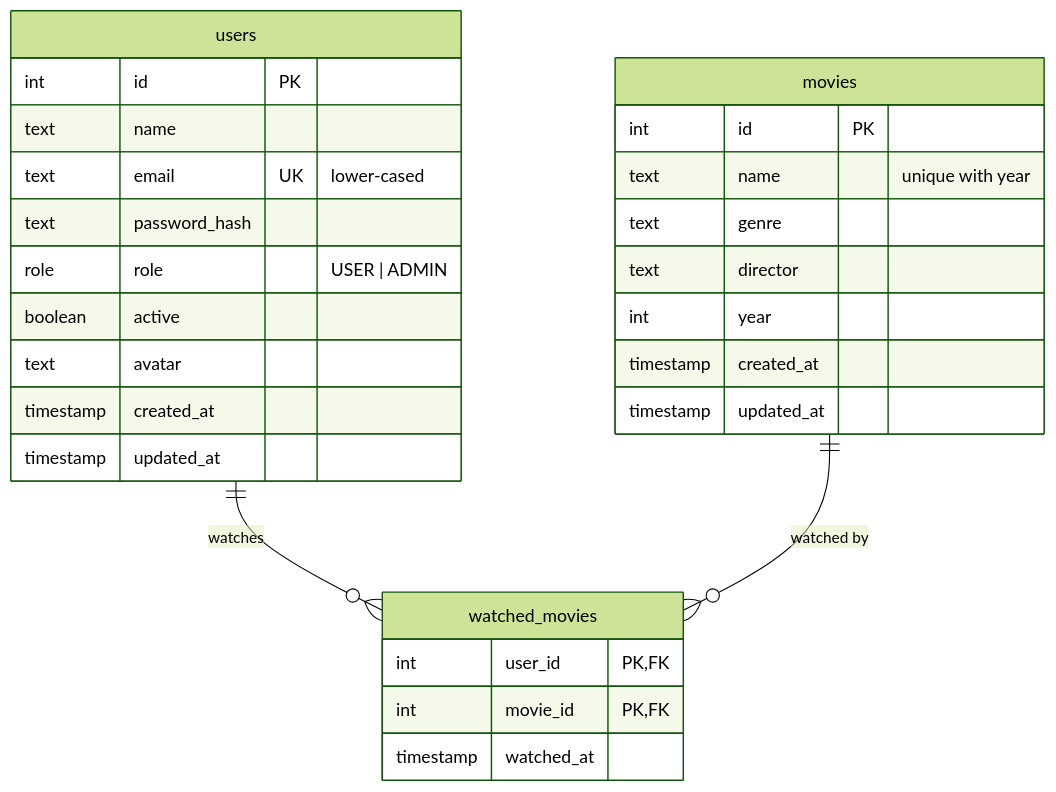
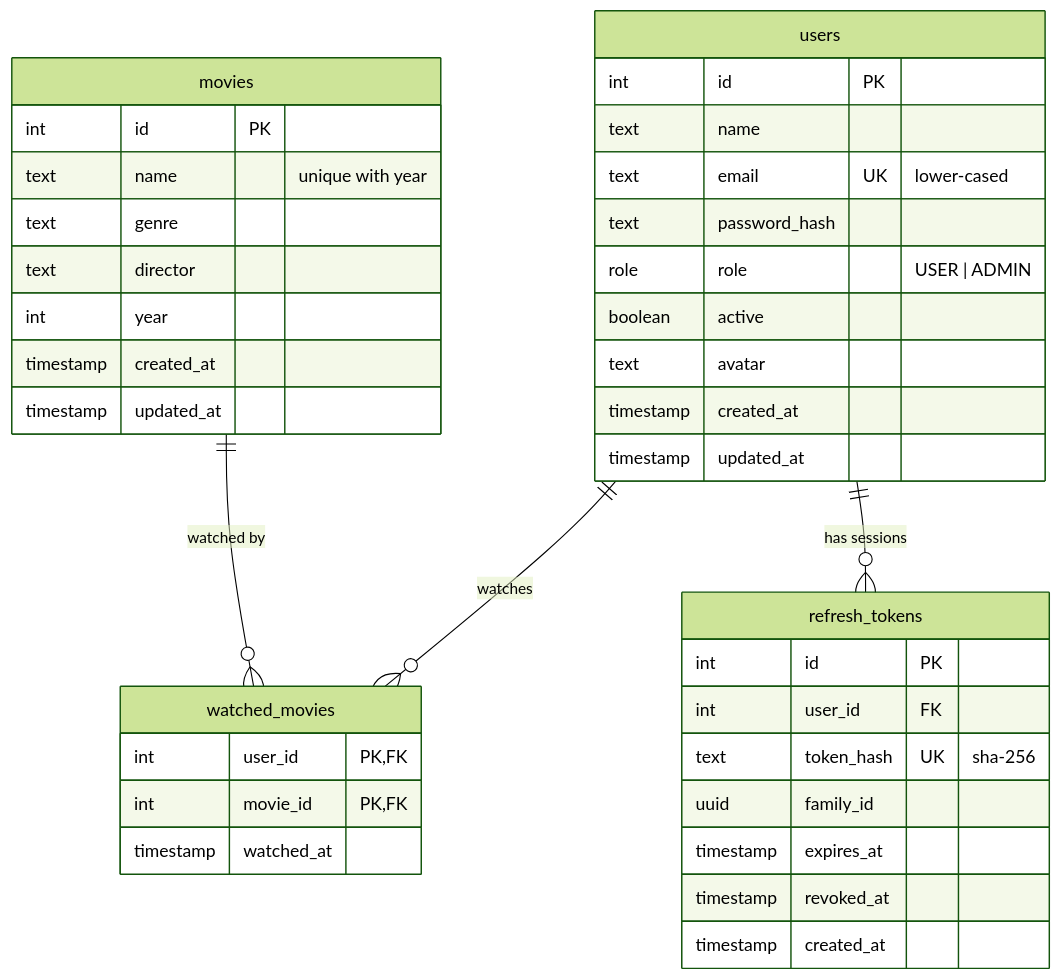
The first of 2 diagrams in README.md (brunocmg/movie-catalog-api), drawn with Mermaid (forest theme) before and after one commit. The commit also changed other lines of this file and 22 other files, not shown here.

````diff
--- a/README.md
+++ b/README.md
@@ -73,30 +74,40 @@
 ```mermaid
 erDiagram
   users ||--o{ watched_movies : watches
   movies ||--o{ watched_movies : "watched by"
+  users ||--o{ refresh_tokens : "has sessions"
   users {
     int id PK
     text name
     text email UK "lower-cased"
     text password_hash
     role role "USER | ADMIN"
     boolean active
     text avatar
     timestamp created_at
     timestamp updated_at
   }
   movies {
     int id PK
     text name "unique with year"
     text genre
     text director
     int year
     timestamp created_at
     timestamp updated_at
   }
   watched_movies {
     int user_id PK,FK
     int movie_id PK,FK
     timestamp watched_at
   }
+  refresh_tokens {
+    int id PK
+    int user_id FK
+    text token_hash UK "sha-256"
+    uuid family_id
+    timestamp expires_at
+    timestamp revoked_at
+    timestamp created_at
+  }
 ```
````
